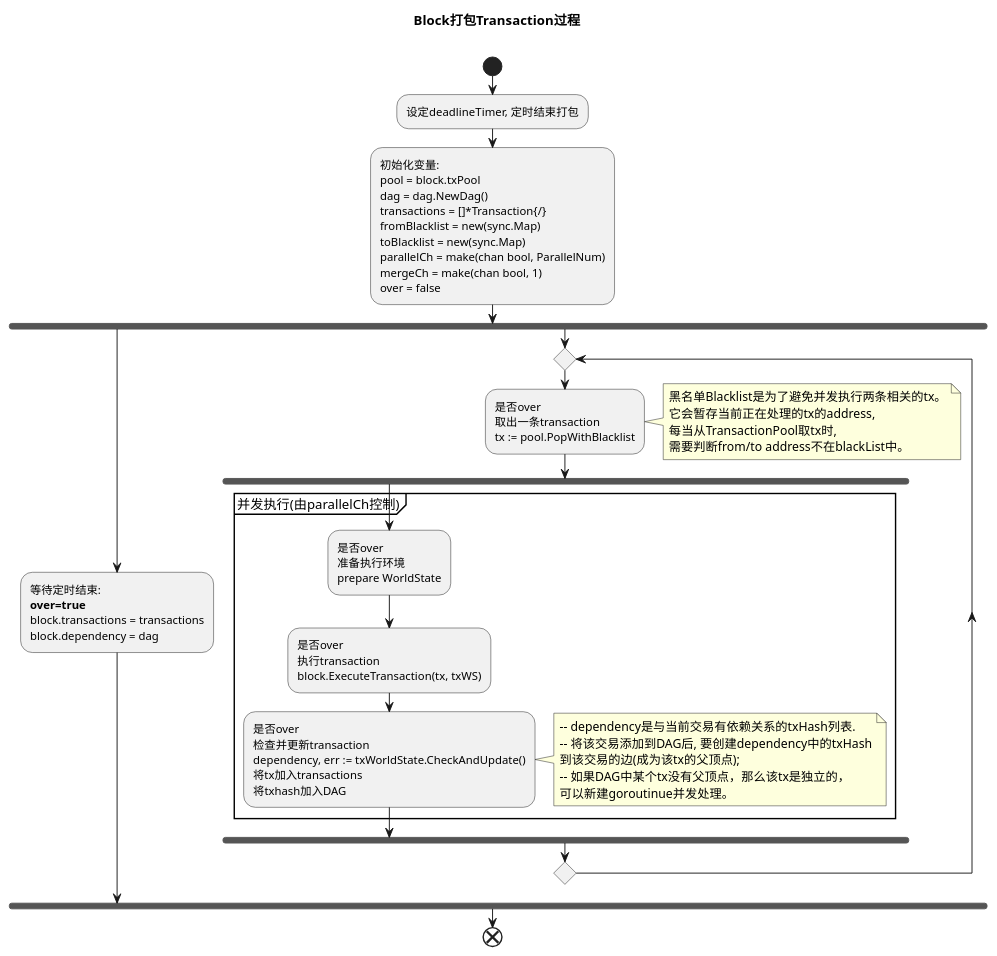
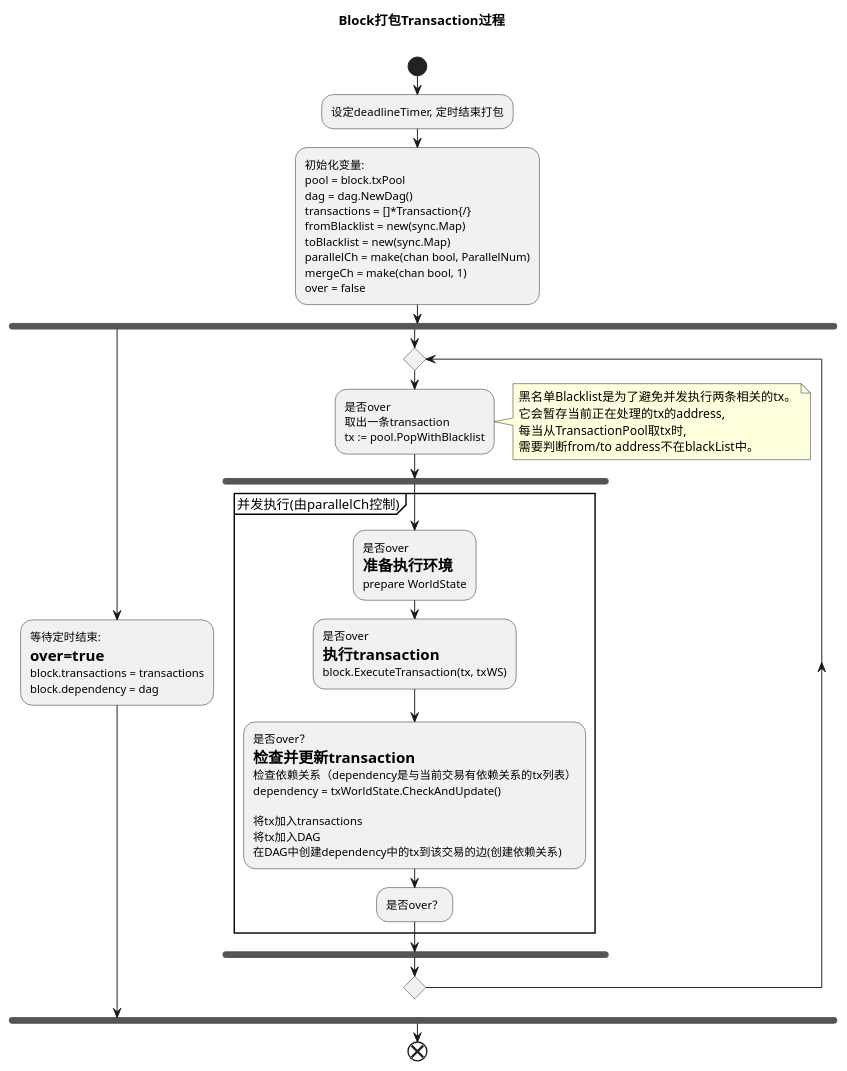
The diagram in resource/block-CollectTransactions.plantuml (yupnano/go-nebulas-docs), drawn with PlantUML before and after one commit. The commit also changed 10 other files, not shown here.

```diff
--- a/resource/block-CollectTransactions.plantuml
+++ b/resource/block-CollectTransactions.plantuml
@@ -2,67 +2,65 @@
 @startuml
 title: Block打包Transaction过程\n
 
 start;
 :设定deadlineTimer, 定时结束打包;
 
 :初始化变量:
 pool = block.txPool
 dag = dag.NewDag()
 transactions = []*Transaction{/}
 fromBlacklist = new(sync.Map)
 toBlacklist = new(sync.Map)
 parallelCh = make(chan bool, ParallelNum)
 mergeCh = make(chan bool, 1)
 over = false;
 
 fork
     :等待定时结束:
-    <b>over=true
+    =over=true
     block.transactions = transactions
     block.dependency = dag;
 
 fork again
     repeat
         :是否over
         取出一条transaction
         tx := pool.PopWithBlacklist;
             note right
             黑名单Blacklist是为了避免并发执行两条相关的tx。
             它会暂存当前正在处理的tx的address,
             每当从TransactionPool取tx时,
             需要判断from/to address不在blackList中。
             end note
 
         fork
         partition 并发执行(由parallelCh控制) {
             :是否over
-            准备执行环境
+            =准备执行环境
             prepare WorldState;
 
             :是否over
-            执行transaction
+            =执行transaction
             block.ExecuteTransaction(tx, txWS);
 
-            :是否over
-            检查并更新transaction
-			         dependency, err := txWorldState.CheckAndUpdate()
+            :是否over？
+            =检查并更新transaction
+            检查依赖关系（dependency是与当前交易有依赖关系的tx列表）
+			         dependency = txWorldState.CheckAndUpdate()
+
             将tx加入transactions
-            将txhash加入DAG;
-            note right
-            -- dependency是与当前交易有依赖关系的txHash列表.
-            -- 将该交易添加到DAG后, 要创建dependency中的txHash
-            到该交易的边(成为该tx的父顶点);
-            -- 如果DAG中某个tx没有父顶点，那么该tx是独立的，
-            可以新建goroutinue并发处理。
-            end note
+            将tx加入DAG
+            在DAG中创建dependency中的tx到该交易的边(创建依赖关系);
+
+            :是否over？;
 
         }
         fork end
     repeat while()
 
     detach
 
 fork end
 end
 
 @enduml
```
